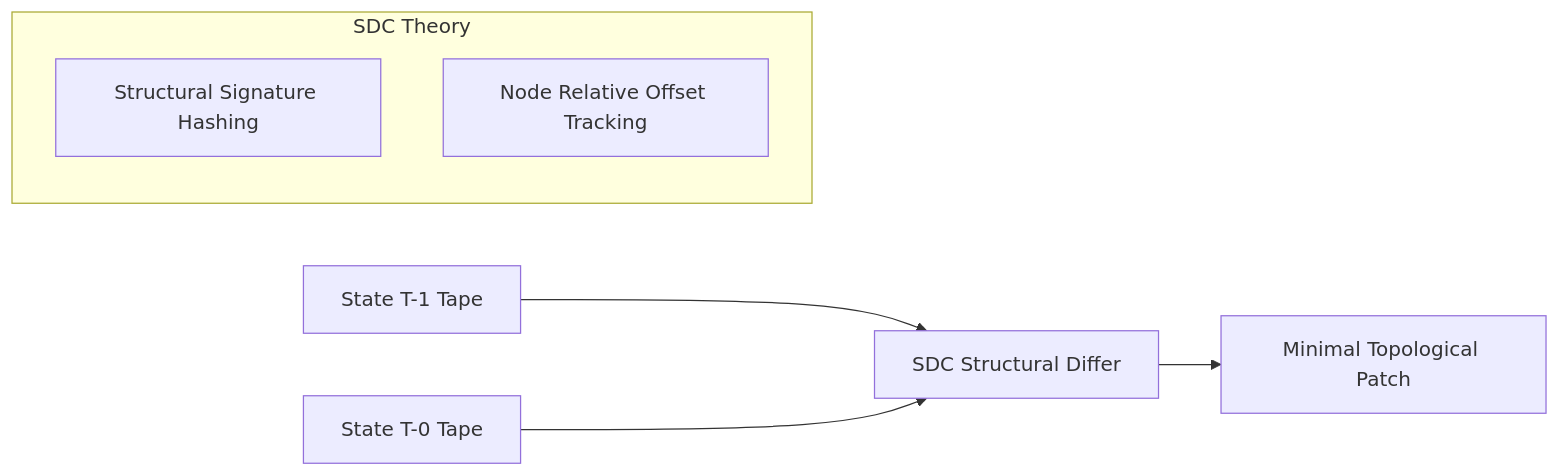
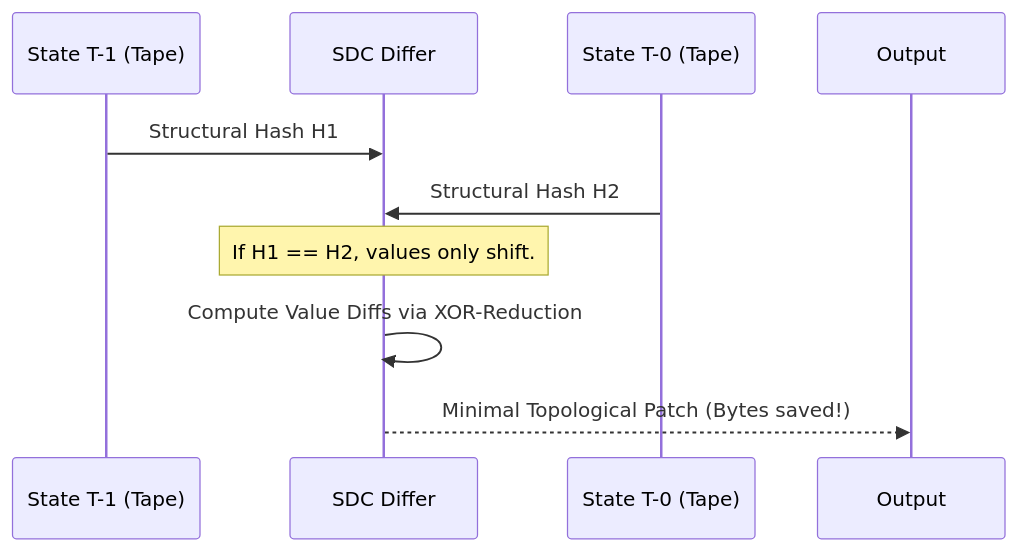
One commit to qbuem/beast-json changed the second of 2 diagrams in docs/design/nexus_theory.md. Above: the diagram before and after it, drawn with Mermaid. The commit also changed other lines of this file, not shown here.

Commit message:
docs: expand Nexus Theory design document with detailed architectural philosophy, hardware optimizations, pseudocode examples, and implementation guidance.

````diff
--- a/docs/design/nexus_theory.md
+++ b/docs/design/nexus_theory.md
@@ -35,11 +82,12 @@
 ```mermaid
-graph LR
-    T1[State T-1 Tape] --> Diff[SDC Structural Differ]
-    T2[State T-0 Tape] --> Diff
-    Diff --> Delta[Minimal Topological Patch]
+sequenceDiagram
+    participant T1 as State T-1 (Tape)
+    participant D as SDC Differ
+    participant T2 as State T-0 (Tape)
     
-    subgraph "SDC Theory"
-        Hash[Structural Signature Hashing]
-        Shift[Node Relative Offset Tracking]
-    end
+    T1->>D: Structural Hash H1
+    T2->>D: Structural Hash H2
+    Note over D: If H1 == H2, values only shift.
+    D->>D: Compute Value Diffs via XOR-Reduction
+    D-->>Output: Minimal Topological Patch (Bytes saved!)
 ```
````
